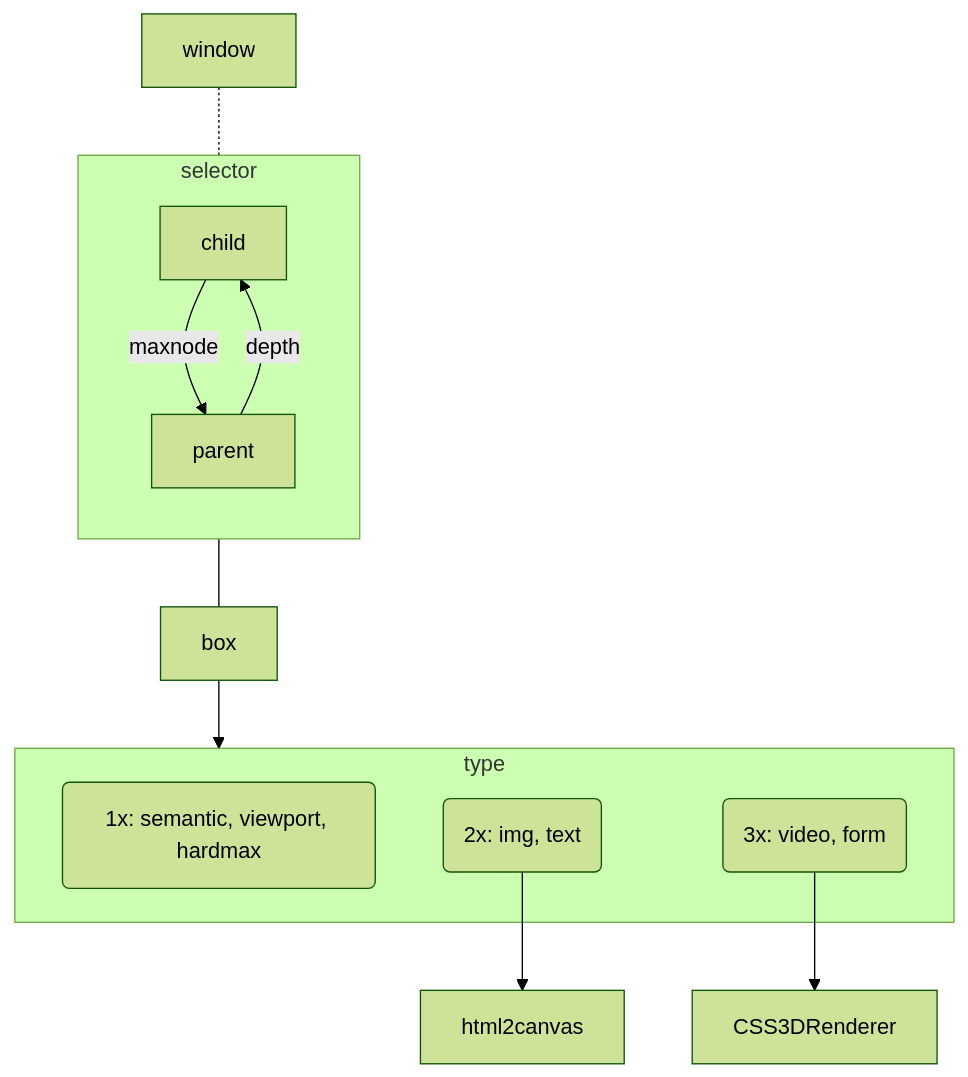
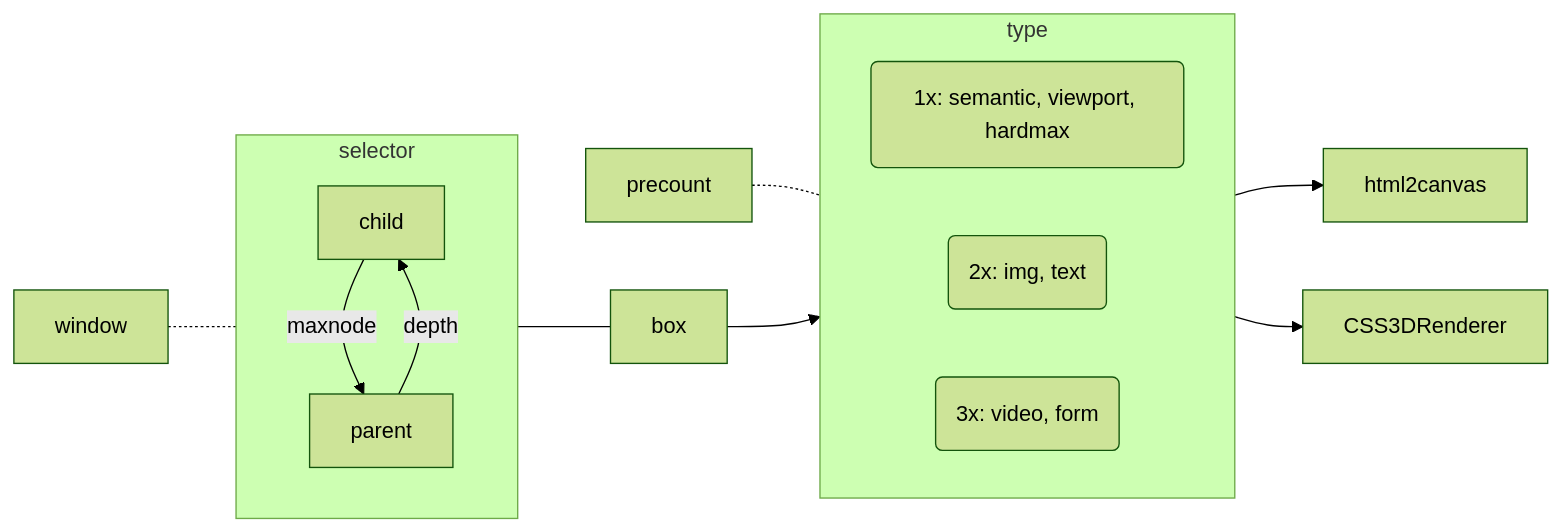
Before and after one commit to KurtPachinger/mpos-precept: the diagram in README.md, drawn with Mermaid (forest theme).

````diff
--- a/README.md
+++ b/README.md
@@ -5,22 +5,24 @@
 ```mermaid
-flowchart TB
+flowchart LR
 
+precount-.-type
 subgraph type
+  direction LR
   b("1x: semantic, viewport, hardmax")
   canvas("2x: img, text")
   css3d("3x: video, form")
 end
 
 window-.-selector
 subgraph selector
  direction TB
  child--maxnode-->parent
  parent--depth-->child
 
 
 end
 selector---box-->type
 
 canvas-->html2canvas
 css3d-->CSS3DRenderer
 ```
````
